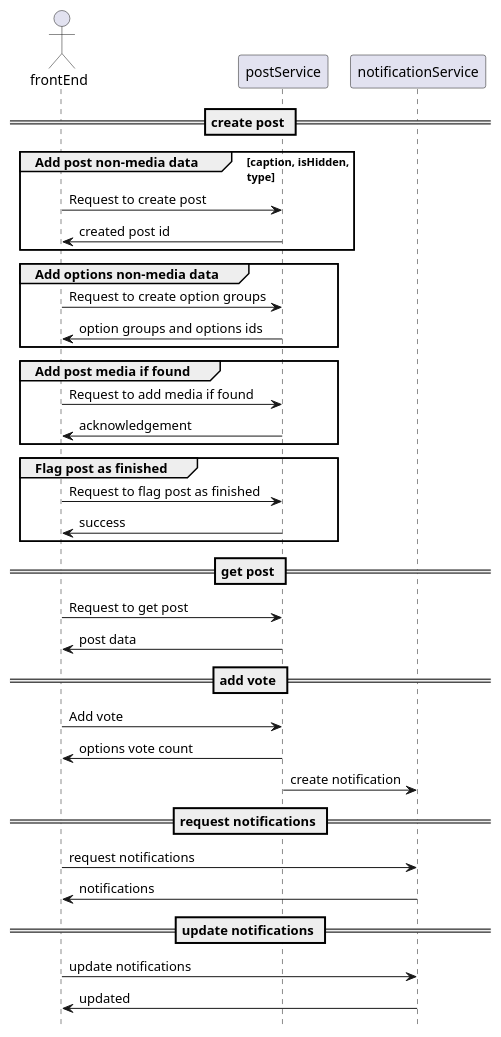
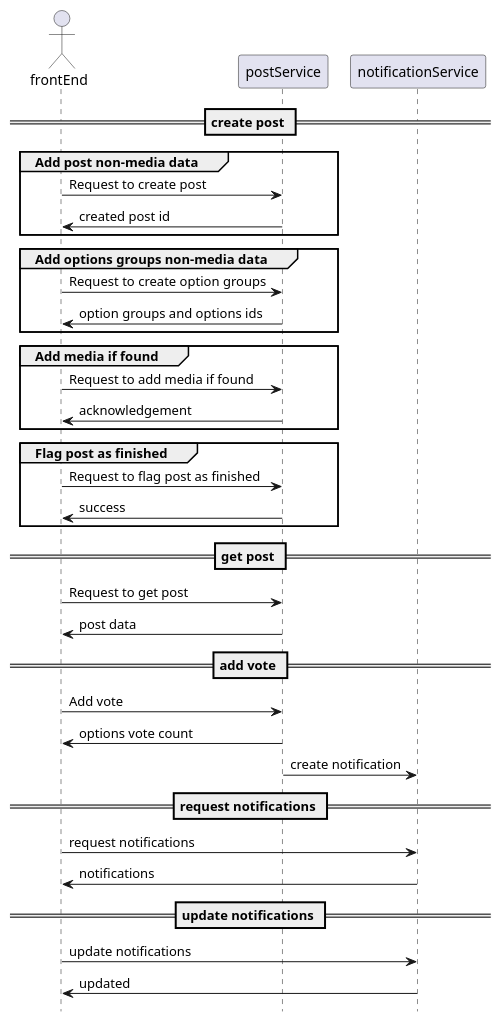
Before and after one commit to saifaldin/diagrams: the diagram in frontend/overall.sequenceDiagram.plantuml, drawn with PlantUML. The commit also changed 1 other file, not shown here.

Commit message:
changed all camel case to snake case - changed some schema and response body names to have semantic meaning - changed image_url from string to array of objects

```diff
--- a/frontend/overall.sequenceDiagram.plantuml
+++ b/frontend/overall.sequenceDiagram.plantuml
@@ -1,44 +1,44 @@
 @startuml general
 hide footbox
 
 actor frontEnd
 
 participant postService
 participant notificationService
 
 == create post ==
-group Add post non-media data [caption, isHidden,\ntype]
+group Add post non-media data
   frontEnd -> postService: Request to create post
   postService -> frontEnd: created post id
 end
-group Add options non-media data
+group Add options groups non-media data
   frontEnd -> postService: Request to create option groups
   postService -> frontEnd: option groups and options ids
 end
-group Add post media if found
+group Add media if found
   frontEnd -> postService: Request to add media if found
   postService -> frontEnd: acknowledgement
 end
 group Flag post as finished
   frontEnd -> postService: Request to flag post as finished
   postService -> frontEnd: success
 end
 
 == get post ==
 frontEnd -> postService : Request to get post
 postService -> frontEnd : post data
 
 == add vote ==
 frontEnd -> postService : Add vote
 postService -> frontEnd : options vote count
 postService -> notificationService : create notification
 
 == request notifications ==
 frontEnd -> notificationService : request notifications
 notificationService -> frontEnd : notifications
 
 == update notifications ==
 frontEnd -> notificationService : update notifications
 notificationService -> frontEnd : updated
 
 @enduml
```
